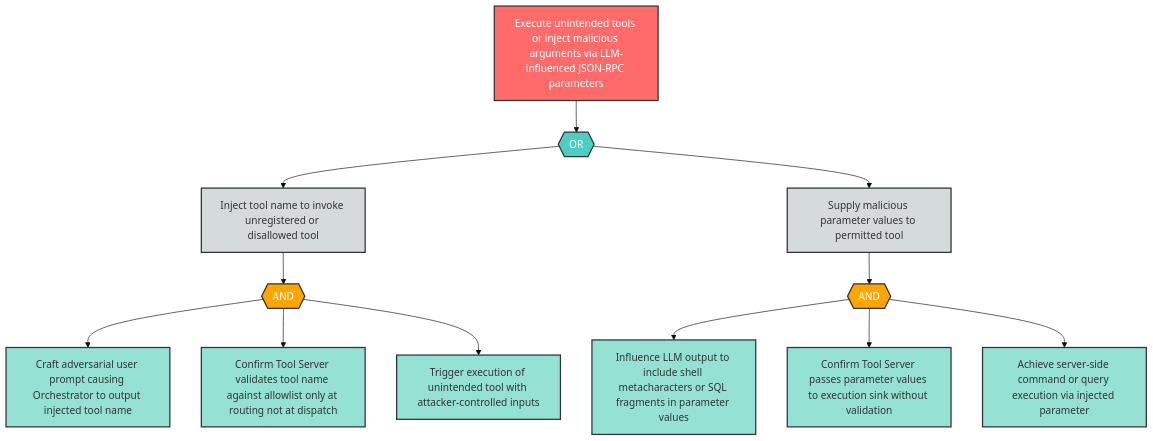
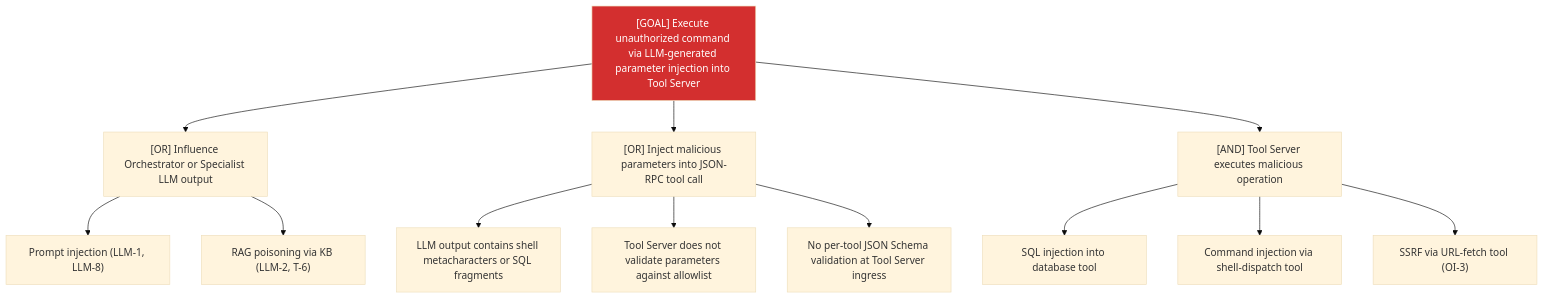
Before and after one commit to q-qp-p/davidmatousek-tachi: the diagram in examples/agentic-app/sample-report/attack-trees/t-5-attack-tree.md, drawn with Mermaid (base theme). The commit also changed other lines of this file and 132 other files, not shown here.

````diff
--- a/examples/agentic-app/sample-report/attack-trees/t-5-attack-tree.md
+++ b/examples/agentic-app/sample-report/attack-trees/t-5-attack-tree.md
@@ -8,39 +7,17 @@
 ```mermaid
-flowchart TD
-    T5_root["Execute unintended tools or inject malicious arguments via LLM-influenced JSON-RPC parameters"]
-    T5_or1{{"OR"}}
-    T5_sub1["Inject tool name to invoke unregistered or disallowed tool"]
-    T5_sub2["Supply malicious parameter values to permitted tool"]
-    T5_and1{{"AND"}}
-    T5_leaf1["Craft adversarial user prompt causing Orchestrator to output injected tool name"]
-    T5_leaf2["Confirm Tool Server validates tool name against allowlist only at routing not at dispatch"]
-    T5_leaf3["Trigger execution of unintended tool with attacker-controlled inputs"]
-    T5_and2{{"AND"}}
-    T5_leaf4["Influence LLM output to include shell metacharacters or SQL fragments in parameter values"]
-    T5_leaf5["Confirm Tool Server passes parameter values to execution sink without validation"]
-    T5_leaf6["Achieve server-side command or query execution via injected parameter"]
-
-    T5_root --> T5_or1
-    T5_or1 --> T5_sub1
-    T5_or1 --> T5_sub2
-    T5_sub1 --> T5_and1
-    T5_and1 --> T5_leaf1
-    T5_and1 --> T5_leaf2
-    T5_and1 --> T5_leaf3
-    T5_sub2 --> T5_and2
-    T5_and2 --> T5_leaf4
-    T5_and2 --> T5_leaf5
-    T5_and2 --> T5_leaf6
-
-    classDef goal fill:#ff6b6b,stroke:#333,stroke-width:2px,color:#fff
-    classDef andGate fill:#ffa500,stroke:#333,stroke-width:2px,color:#fff
-    classDef orGate fill:#4ecdc4,stroke:#333,stroke-width:2px,color:#fff
-    classDef subGoal fill:#d5dbdb,stroke:#333,stroke-width:2px,color:#333
-    classDef leaf fill:#95e1d3,stroke:#333,stroke-width:2px,color:#333
-
-    class T5_root goal
-    class T5_or1 orGate
-    class T5_and1,T5_and2 andGate
-    class T5_sub1,T5_sub2 subGoal
-    class T5_leaf1,T5_leaf2,T5_leaf3,T5_leaf4,T5_leaf5,T5_leaf6 leaf
+graph TD
+    Goal["[GOAL] Execute unauthorized command via LLM-generated parameter injection into Tool Server"]
+    Goal --> A["[OR] Influence Orchestrator or Specialist LLM output"]
+    A --> A1["Prompt injection (LLM-1, LLM-8)"]
+    A --> A2["RAG poisoning via KB (LLM-2, T-6)"]
+    Goal --> B["[OR] Inject malicious parameters into JSON-RPC tool call"]
+    B --> B1["LLM output contains shell metacharacters or SQL fragments"]
+    B --> B2["Tool Server does not validate parameters against allowlist"]
+    B --> B3["No per-tool JSON Schema validation at Tool Server ingress"]
+    Goal --> C["[AND] Tool Server executes malicious operation"]
+    C --> C1["SQL injection into database tool"]
+    C --> C2["Command injection via shell-dispatch tool"]
+    C --> C3["SSRF via URL-fetch tool (OI-3)"]
+    classDef critical fill:#d32f2f,color:#fff
+    class Goal critical
 ```
````
